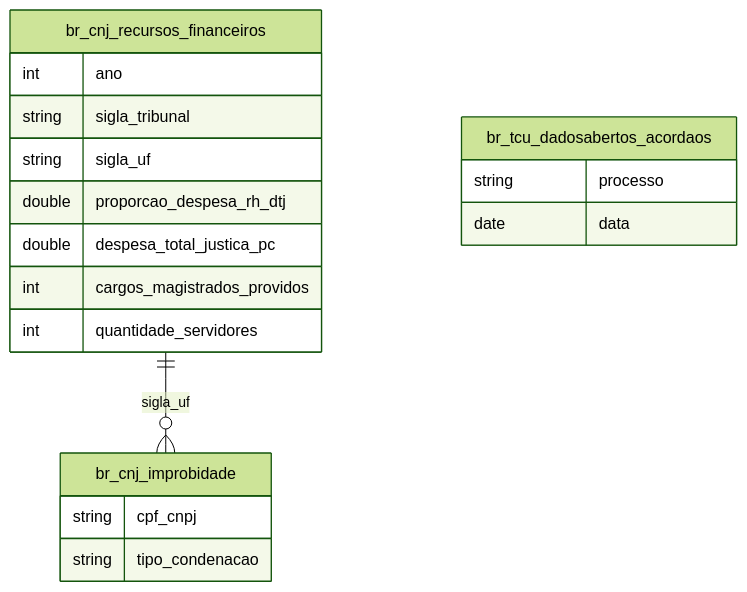
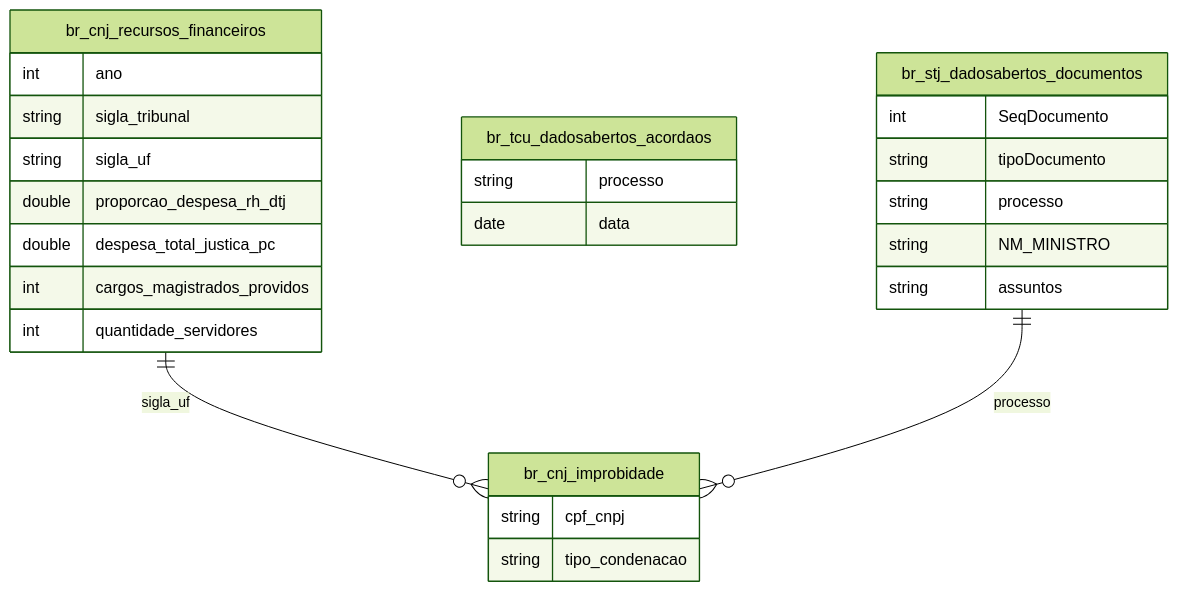
One commit to rafapolo/rodado changed the diagram in docs/overview/39_justica_tribunais.md. Above: the diagram before and after it, drawn with Mermaid (forest theme). The commit also changed other lines of this file and 2 other files, not shown here.

Commit message:
docs: update consumo, sancoes and justica overviews

````diff
--- a/docs/overview/39_justica_tribunais.md
+++ b/docs/overview/39_justica_tribunais.md
@@ -2,15 +2,23 @@
 ```mermaid
 erDiagram
     br_cnj_recursos_financeiros {
         int ano
         string sigla_tribunal
         string sigla_uf
         double proporcao_despesa_rh_dtj
         double despesa_total_justica_pc
         int cargos_magistrados_providos
         int quantidade_servidores
     }
     br_cnj_improbidade { string cpf_cnpj string tipo_condenacao }
     br_tcu_dadosabertos_acordaos { string processo date data }
+    br_stj_dadosabertos_documentos {
+        int SeqDocumento
+        string tipoDocumento
+        string processo
+        string NM_MINISTRO
+        string assuntos
+    }
     br_cnj_recursos_financeiros ||--o{ br_cnj_improbidade : "sigla_uf"
+    br_stj_dadosabertos_documentos ||--o{ br_cnj_improbidade : "processo"
 ```
````
